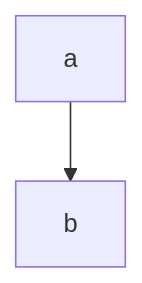
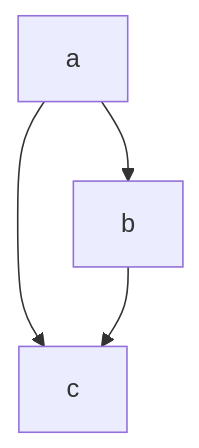
One commit to real-LiHua/real-LiHua.github.io changed the diagram in src/posts/2026-02-23-ce-shi-wen-zhang.md. Above: the diagram before and after it, drawn with Mermaid. The commit also changed 89 other files, not shown here.

````diff
--- a/src/posts/2026-02-23-ce-shi-wen-zhang.md
+++ b/src/posts/2026-02-23-ce-shi-wen-zhang.md
@@ -61,4 +61,6 @@
 ```mermaid
 flowchart TD
   a --> b
+  a --> c
+  b --> c
 ```
````
